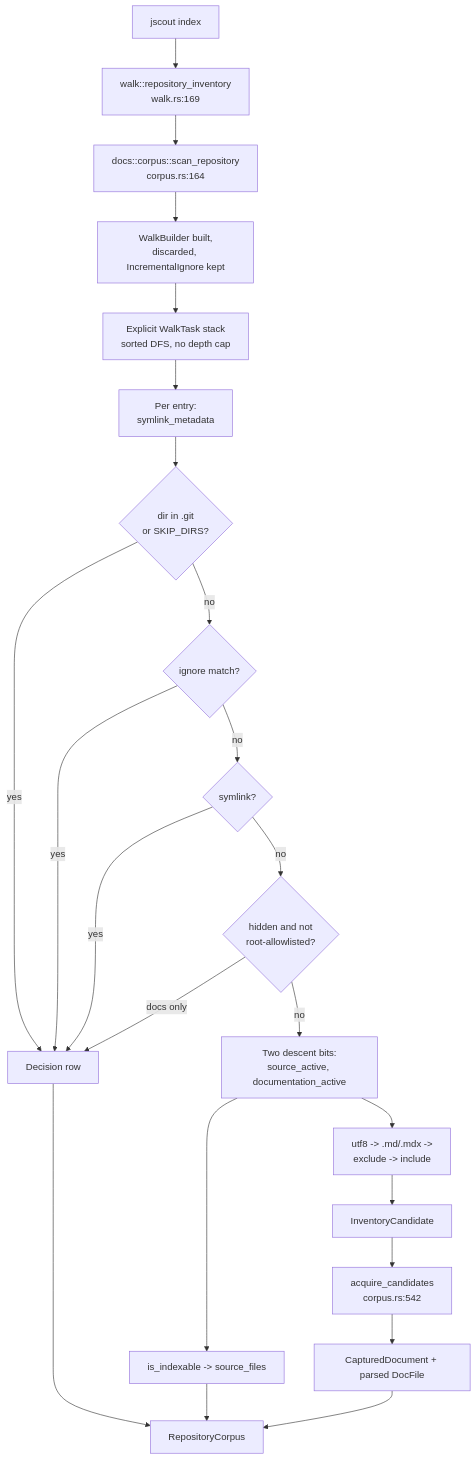
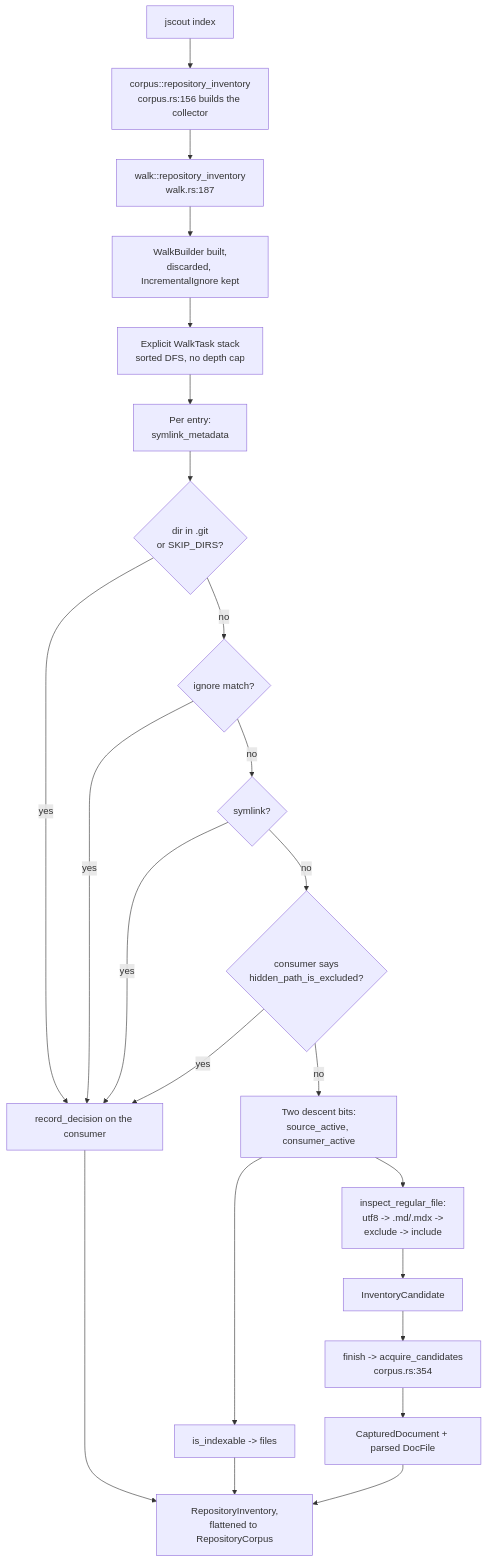
The first of 2 diagrams in docs/codebase-analysis/03-documentation-corpus.md (iantocristian/jscout), drawn with Mermaid before and after one commit. The commit also changed other lines of this file and 11 other files, not shown here.

````diff
--- a/docs/codebase-analysis/03-documentation-corpus.md
+++ b/docs/codebase-analysis/03-documentation-corpus.md
@@ -19,25 +21,25 @@
 ```mermaid
 flowchart TB
-  IDX["jscout index"] --> RI["walk::repository_inventory<br/>walk.rs:169"]
-  RI --> SCAN["docs::corpus::scan_repository<br/>corpus.rs:164"]
-  SCAN --> IGN["WalkBuilder built,<br/>discarded, IncrementalIgnore kept"]
+  IDX["jscout index"] --> CRI["corpus::repository_inventory<br/>corpus.rs:156 builds the collector"]
+  CRI --> RI["walk::repository_inventory<br/>walk.rs:187"]
+  RI --> IGN["WalkBuilder built,<br/>discarded, IncrementalIgnore kept"]
   IGN --> STACK["Explicit WalkTask stack<br/>sorted DFS, no depth cap"]
   STACK --> ENTRY["Per entry:<br/>symlink_metadata"]
   ENTRY --> HARD{"dir in .git<br/>or SKIP_DIRS?"}
-  HARD -->|yes| DEC["Decision row"]
+  HARD -->|yes| DEC["record_decision on the consumer"]
   HARD -->|no| IGM{"ignore match?"}
   IGM -->|yes| DEC
   IGM -->|no| SYM{"symlink?"}
   SYM -->|yes| DEC
-  SYM -->|no| HID{"hidden and not<br/>root-allowlisted?"}
-  HID -->|docs only| DEC
-  HID -->|no| SPLIT["Two descent bits:<br/>source_active, documentation_active"]
-  SPLIT --> CODE["is_indexable -> source_files"]
-  SPLIT --> DOCF["utf8 -> .md/.mdx -><br/>exclude -> include"]
+  SYM -->|no| HID{"consumer says<br/>hidden_path_is_excluded?"}
+  HID -->|yes| DEC
+  HID -->|no| SPLIT["Two descent bits:<br/>source_active, consumer_active"]
+  SPLIT --> CODE["is_indexable -> files"]
+  SPLIT --> DOCF["inspect_regular_file:<br/>utf8 -> .md/.mdx -><br/>exclude -> include"]
   DOCF --> CAND["InventoryCandidate"]
-  CAND --> ACQ["acquire_candidates<br/>corpus.rs:542"]
-  ACQ --> DOCS["CapturedDocument + parsed DocFile"]
-  CODE --> OUT["RepositoryCorpus"]
+  CAND --> FIN["finish -> acquire_candidates<br/>corpus.rs:354"]
+  FIN --> DOCS["CapturedDocument + parsed DocFile"]
+  CODE --> OUT["RepositoryInventory,<br/>flattened to RepositoryCorpus"]
   DOCS --> OUT
   DEC --> OUT
 ```
````
